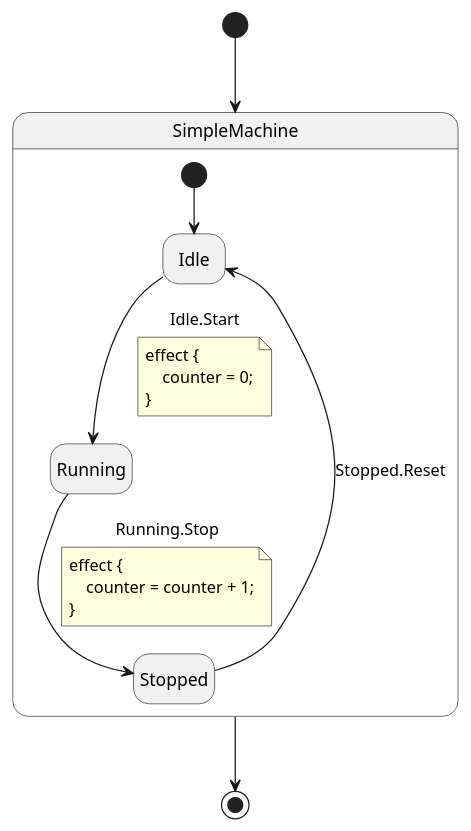
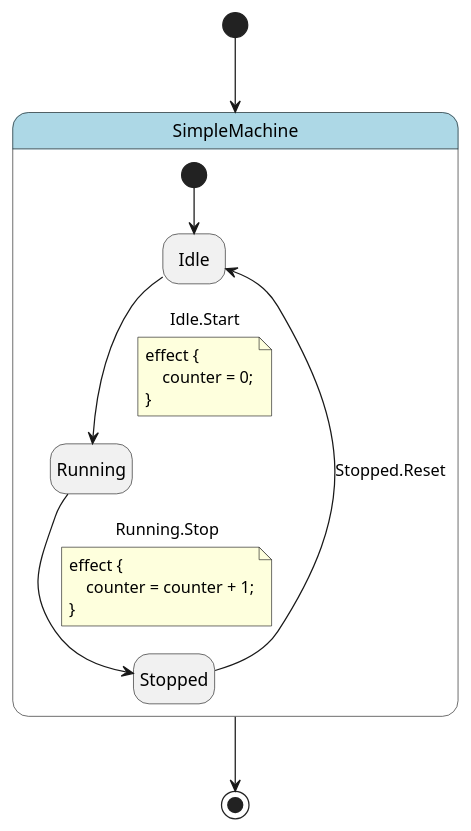
One commit to HansBug/pyfcstm changed the diagram in docs/source/tutorials/cli/simple_machine.puml. Above: the diagram before and after it, drawn with PlantUML. The commit also changed 3 other files, not shown here.

First line of the commit message:
docs: update generated documentation for PlantUML enhancements

```diff
--- a/docs/source/tutorials/cli/simple_machine.puml
+++ b/docs/source/tutorials/cli/simple_machine.puml
@@ -1,24 +1,32 @@
 @startuml
 hide empty description
-state "SimpleMachine" as simple_machine {
+
+skinparam state {
+  BackgroundColor<<pseudo>> LightGray
+  BackgroundColor<<composite>> LightBlue
+  BorderColor<<pseudo>> Gray
+  FontStyle<<pseudo>> italic
+}
+
+state "SimpleMachine" as simple_machine <<composite>> {
     state "Idle" as simple_machine__idle
     state "Running" as simple_machine__running
     state "Stopped" as simple_machine__stopped
     [*] --> simple_machine__idle
     simple_machine__idle --> simple_machine__running : Idle.Start
     note on link
     effect {
         counter = 0;
     }
     end note
     simple_machine__running --> simple_machine__stopped : Running.Stop
     note on link
     effect {
         counter = counter + 1;
     }
     end note
     simple_machine__stopped --> simple_machine__idle : Stopped.Reset
 }
 [*] --> simple_machine
 simple_machine --> [*]
 @enduml
```
